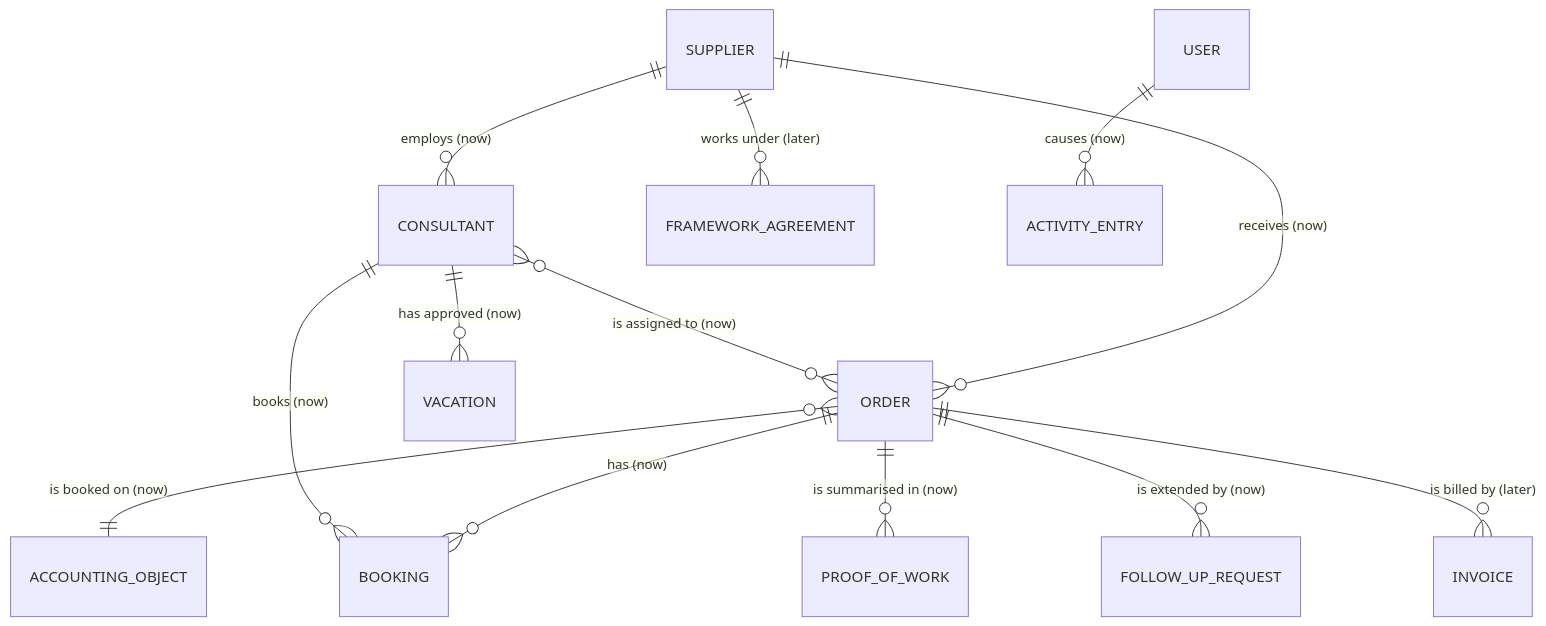
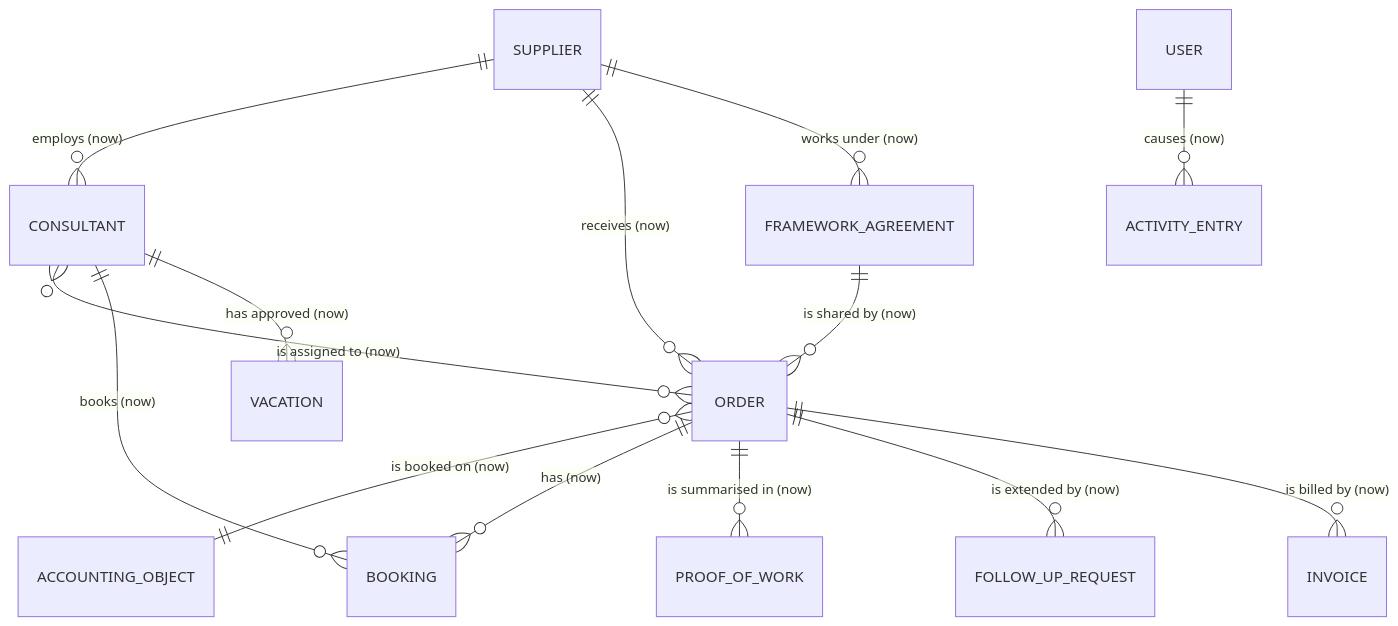
The diagram in docs/domain.md (bayorwor/last-worche), drawn with Mermaid before and after one commit. The commit also changed other lines of this file and 7 other files, not shown here.

````diff
--- a/docs/domain.md
+++ b/docs/domain.md
@@ -27,15 +27,16 @@
 ```mermaid
 erDiagram
     SUPPLIER ||--o{ CONSULTANT : "employs (now)"
     SUPPLIER ||--o{ ORDER : "receives (now)"
     ORDER }o--|| ACCOUNTING_OBJECT : "is booked on (now)"
     CONSULTANT }o--o{ ORDER : "is assigned to (now)"
     ORDER ||--o{ BOOKING : "has (now)"
     CONSULTANT ||--o{ BOOKING : "books (now)"
     ORDER ||--o{ PROOF_OF_WORK : "is summarised in (now)"
-    SUPPLIER ||--o{ FRAMEWORK_AGREEMENT : "works under (later)"
+    SUPPLIER ||--o{ FRAMEWORK_AGREEMENT : "works under (now)"
+    FRAMEWORK_AGREEMENT ||--o{ ORDER : "is shared by (now)"
     ORDER ||--o{ FOLLOW_UP_REQUEST : "is extended by (now)"
-    ORDER ||--o{ INVOICE : "is billed by (later)"
+    ORDER ||--o{ INVOICE : "is billed by (now)"
     CONSULTANT ||--o{ VACATION : "has approved (now)"
     USER ||--o{ ACTIVITY_ENTRY : "causes (now)"
 ```
````
